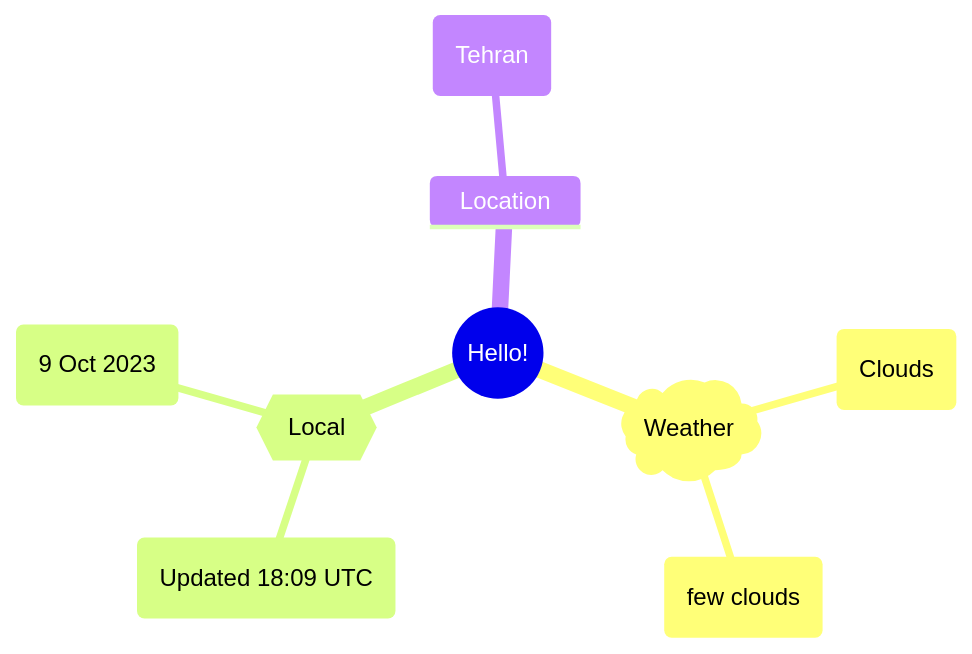
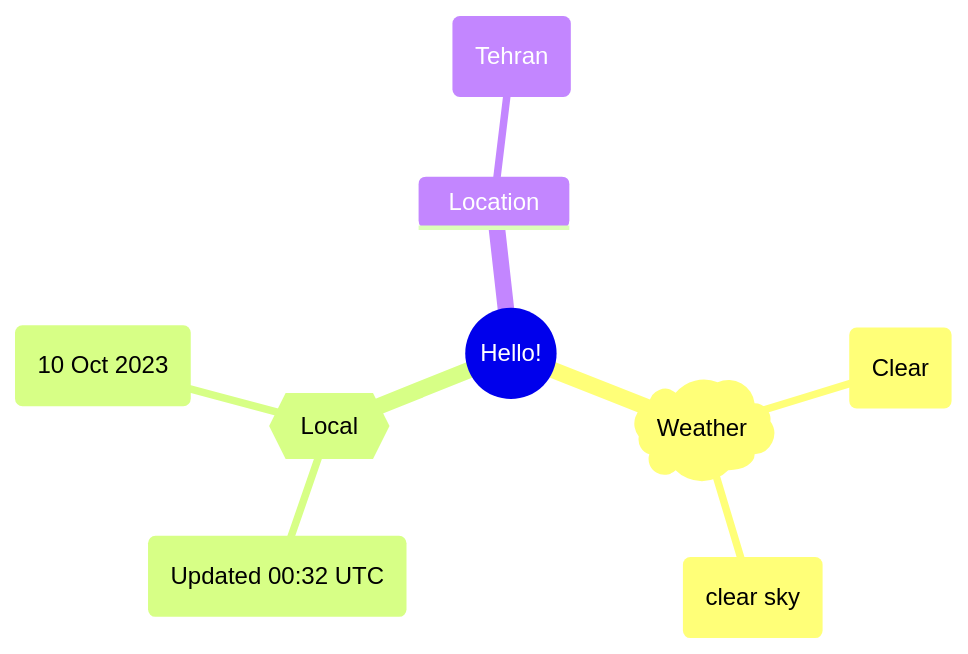
The first of 2 diagrams in README.md (Xosrov/Xosrov), drawn with Mermaid before and after one commit.

Commit message:
[bot] updated images

````diff
--- a/README.md
+++ b/README.md
@@ -3,12 +3,12 @@
 ```mermaid
 mindmap
   root((Hello!))
     )Weather(
-        (Clouds)
-        (few clouds)
+        (Clear)
+        (clear sky)
     {{Local}}
-        (Updated 18:09 UTC)
-        (9 Oct 2023)
+        (Updated 00:32 UTC)
+        (10 Oct 2023)
     Location
         (Tehran)
 ```
````
